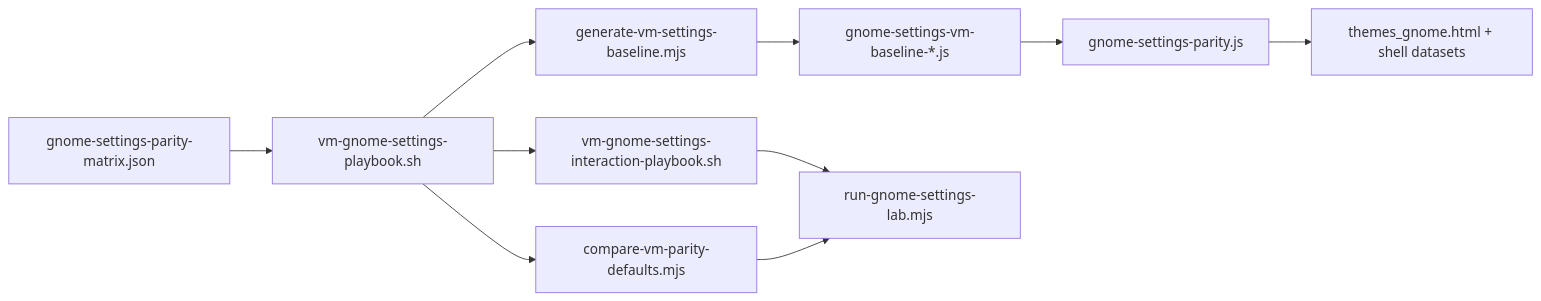
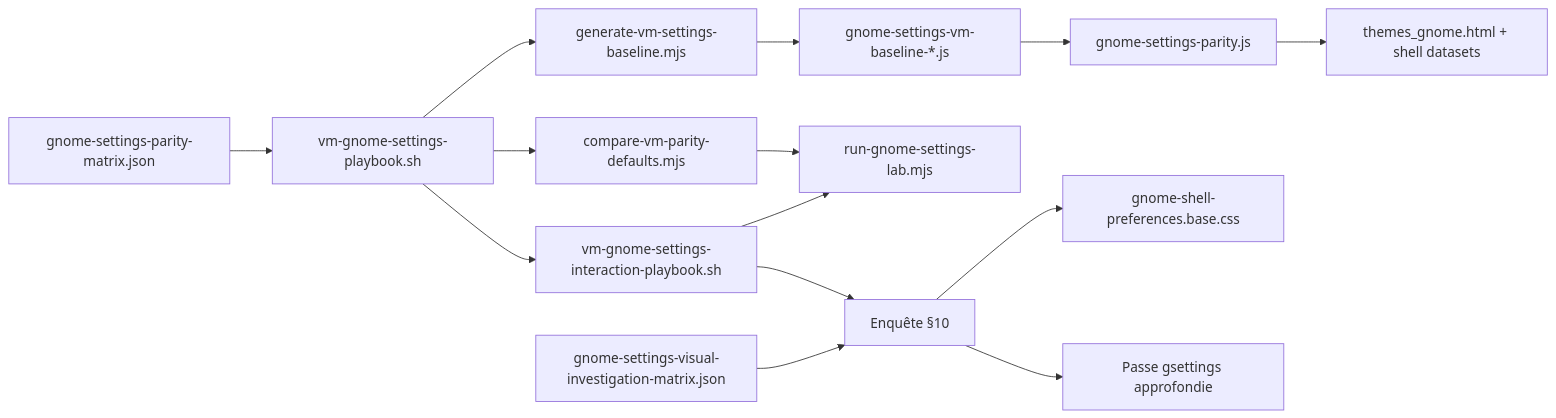
Before and after one commit to k0uzia/capsuleos: the diagram in root/docs/procedure-creation-playbook-gnome-settings.md, drawn with Mermaid. The commit also changed other lines of this file and 10 other files, not shown here.

First line of the commit message:
Ajouter l'enquête visuelle playbook GNOME pour documenter effets et transitions.

````diff
--- a/root/docs/procedure-creation-playbook-gnome-settings.md
+++ b/root/docs/procedure-creation-playbook-gnome-settings.md
@@ -27,12 +30,16 @@
 ```mermaid
 flowchart LR
   M[gnome-settings-parity-matrix.json] --> P[vm-gnome-settings-playbook.sh]
   P --> I[vm-gnome-settings-interaction-playbook.sh]
   P --> B[generate-vm-settings-baseline.mjs]
   B --> C[gnome-settings-vm-baseline-*.js]
   C --> R[gnome-settings-parity.js]
   R --> U[themes_gnome.html + shell datasets]
   P --> V[compare-vm-parity-defaults.mjs]
   I --> L[run-gnome-settings-lab.mjs]
   V --> L
+  VIM[gnome-settings-visual-investigation-matrix.json] --> E[Enquête §10]
+  E --> CSS[gnome-shell-preferences.base.css]
+  E --> G2[Passe gsettings approfondie]
+  I --> E
 ```
````
